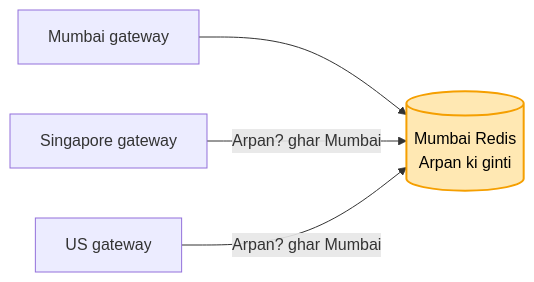
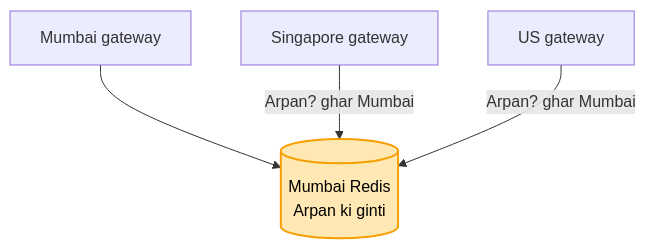
Before and after one commit to ArpanMaheshwari144/Prep: the tenth of 10 diagrams in 04_HLD/SYSTEM_DESIGNS/02_rate_limiter/02_rate_limiter.md, drawn with Mermaid. The commit also changed 2 other files, not shown here.

Commit message:
HLD diagram: saare 112 dark me dekhe; payment shard ek teer, cache 2 label toot theek, rate limiter home region TB

````diff
--- a/04_HLD/SYSTEM_DESIGNS/02_rate_limiter/02_rate_limiter.md
+++ b/04_HLD/SYSTEM_DESIGNS/02_rate_limiter/02_rate_limiter.md
@@ -322,7 +322,7 @@
 ```mermaid
-flowchart LR
+flowchart TB
     M["Mumbai gateway"] --> RM[("Mumbai Redis<br/>Arpan ki ginti")]
     S["Singapore gateway"] -- "Arpan? ghar Mumbai" --> RM
     US["US gateway"] -- "Arpan? ghar Mumbai" --> RM
     style RM fill:#ffe8b3,stroke:#f59f00,stroke-width:2px,color:#000
 ```
````
